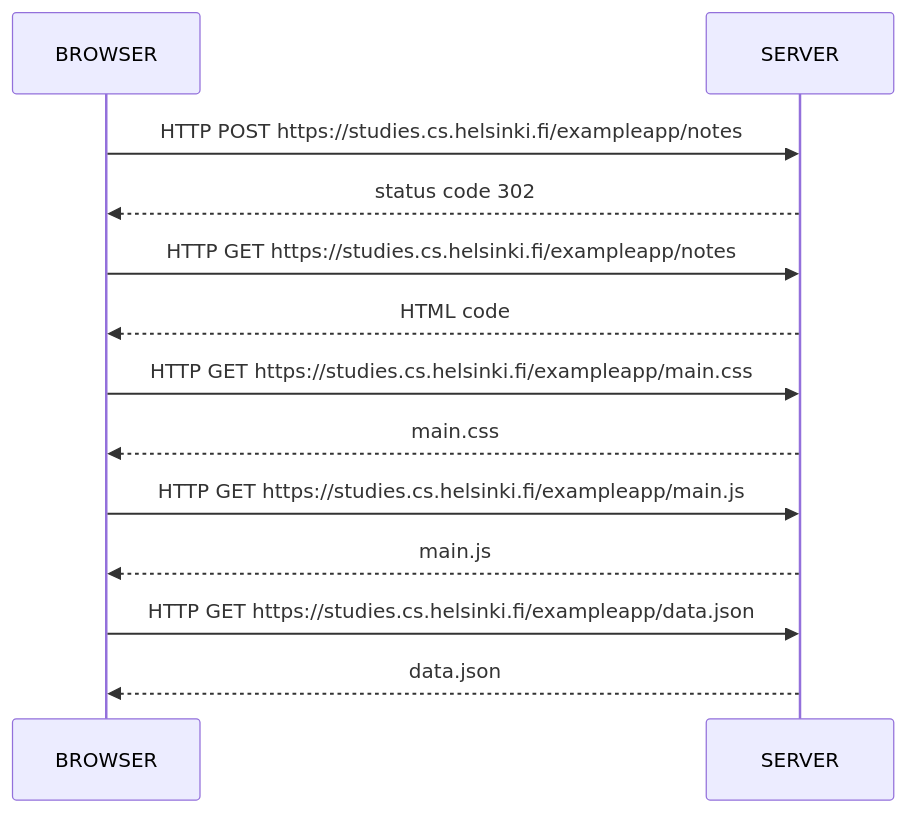
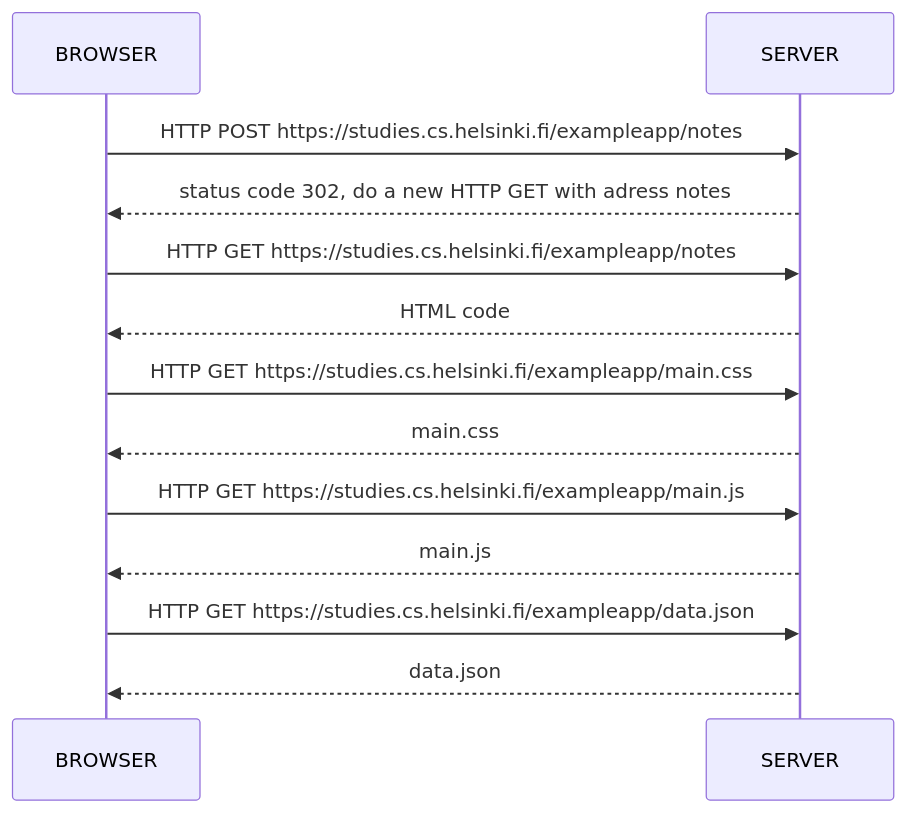
The diagram in readme.md (edugod/mermaid-markdown-learning), drawn with Mermaid before and after one commit.

````diff
--- a/readme.md
+++ b/readme.md
@@ -13,15 +13,15 @@
 ```mermaid
 sequenceDiagram
     participant BROWSER
     participant SERVER
     BROWSER->>SERVER: HTTP POST https://studies.cs.helsinki.fi/exampleapp/notes
-    SERVER-->>BROWSER: status code 302
+    SERVER-->>BROWSER: status code 302, do a new HTTP GET with adress notes
     BROWSER->>SERVER: HTTP GET https://studies.cs.helsinki.fi/exampleapp/notes
     SERVER-->>BROWSER: HTML code
     BROWSER->>SERVER: HTTP GET https://studies.cs.helsinki.fi/exampleapp/main.css
     SERVER-->>BROWSER: main.css
     BROWSER->>SERVER: HTTP GET https://studies.cs.helsinki.fi/exampleapp/main.js
     SERVER-->>BROWSER: main.js
     BROWSER->>SERVER: HTTP GET https://studies.cs.helsinki.fi/exampleapp/data.json
     SERVER-->>BROWSER: data.json
 ```
````
